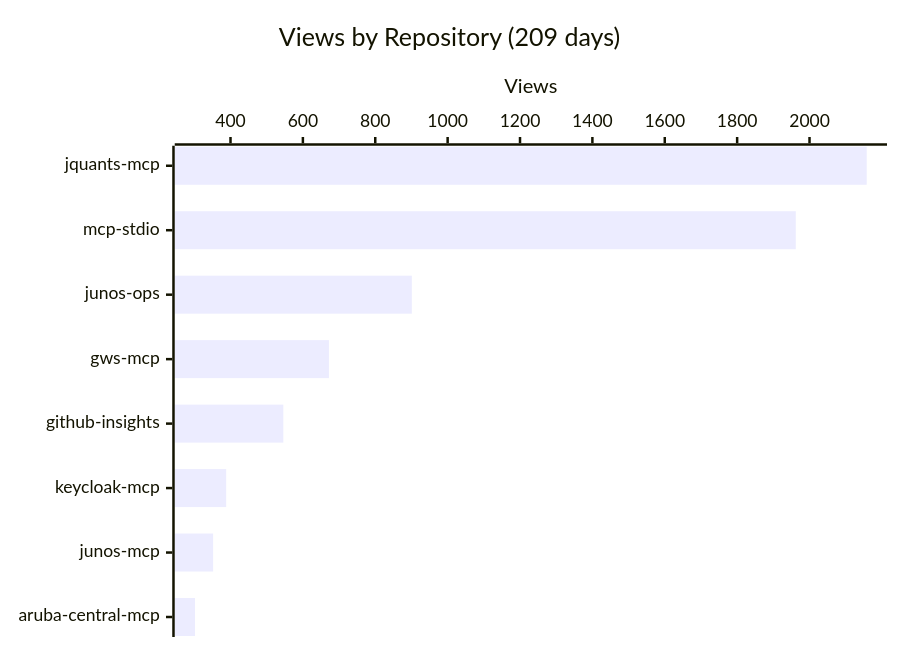
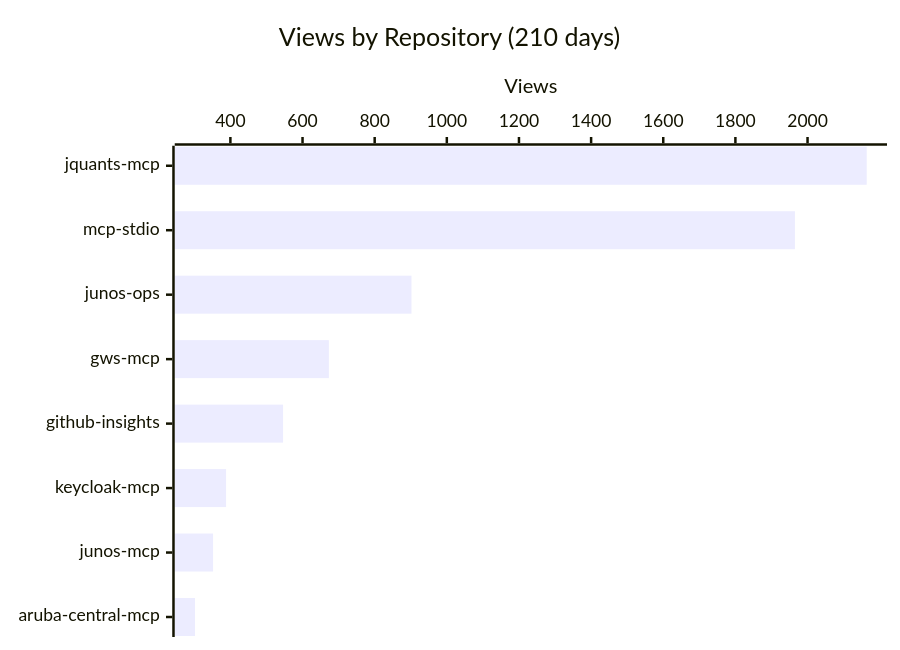
One commit to shigechika/github-insights changed the first of 4 diagrams in README.md. Above: the diagram before and after it, drawn with Mermaid. The commit also changed other lines of this file and 2 other files, not shown here.

````diff
--- a/README.md
+++ b/README.md
@@ -18,7 +18,7 @@
 ```mermaid
 xychart-beta horizontal
-    title "Views by Repository (209 days)"
+    title "Views by Repository (210 days)"
     x-axis ["jquants-mcp", "mcp-stdio", "junos-ops", "gws-mcp", "github-insights", "keycloak-mcp", "junos-mcp", "aruba-central-mcp"]
     y-axis "Views"
-    bar [2158, 1962, 901, 672, 546, 388, 352, 302]
+    bar [2164, 1965, 902, 673, 546, 388, 352, 302]
 ```
````
